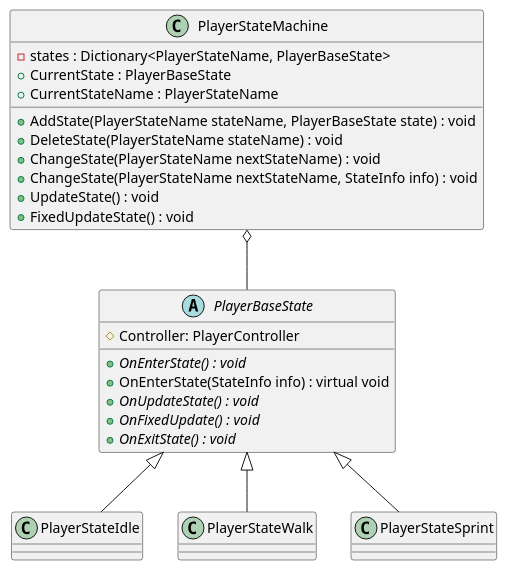
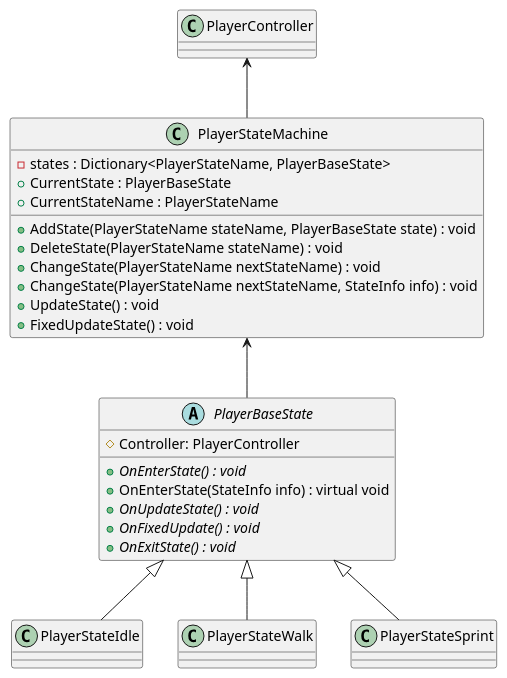
Before and after one commit to Jeongmin94/Ellie: the second of 5 diagrams in UML/Player/Player.puml, drawn with PlantUML. The commit also changed other lines of this file and 4 other files, not shown here.

Commit message:
feat: UML 작업 및 shooter 이벤트 플레이어 awake에서 구독

```diff
--- a/UML/Player/Player.puml
+++ b/UML/Player/Player.puml
@@ -19,32 +20,31 @@
 @startuml
 class PlayerStateMachine{
     - states : Dictionary<PlayerStateName, PlayerBaseState>
     + CurrentState : PlayerBaseState
     + CurrentStateName : PlayerStateName
 
     + AddState(PlayerStateName stateName, PlayerBaseState state) : void
     + DeleteState(PlayerStateName stateName) : void
     + ChangeState(PlayerStateName nextStateName) : void
     + ChangeState(PlayerStateName nextStateName, StateInfo info) : void
     + UpdateState() : void
     + FixedUpdateState() : void
 }
 
-PlayerStateMachine o-down- PlayerBaseState
 abstract class PlayerBaseState {
     # Controller: PlayerController
 
     + {abstract} OnEnterState() : void
     + OnEnterState(StateInfo info) : virtual void
     + {abstract} OnUpdateState() : void
     + {abstract} OnFixedUpdate() : void
     + {abstract} OnExitState() : void
 
 }
 
+PlayerController <-down- PlayerStateMachine
+PlayerStateMachine <-down- PlayerBaseState
 PlayerBaseState <|-down- PlayerStateIdle
 PlayerBaseState <|-down- PlayerStateWalk
 PlayerBaseState <|-down- PlayerStateSprint
-
-
 @enduml
```
